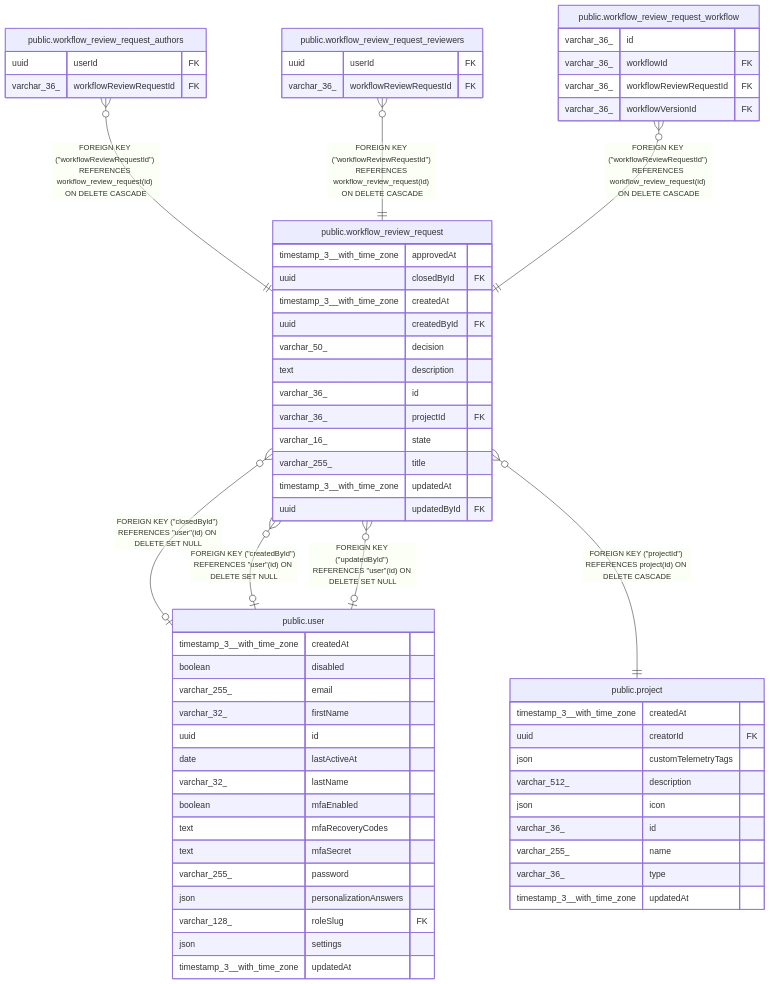
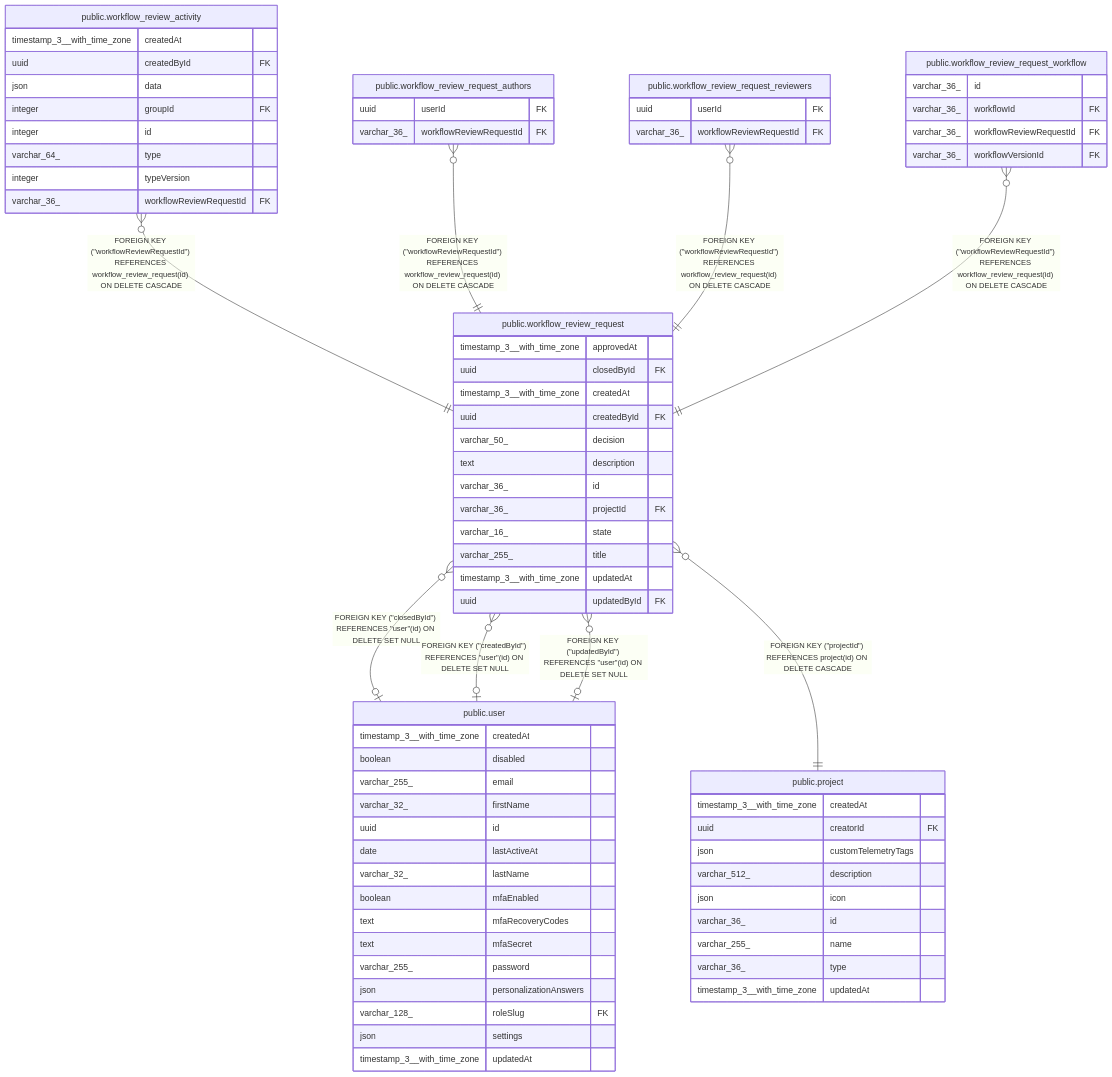
The diagram in docs/generated/postgres-schema/public.workflow_review_request.md (mayankjain1815-commits/n8n), drawn with Mermaid before and after one commit. The commit also changed other lines of this file and 9 other files, not shown here.

Commit message:
chore(core): Regenerate schema docs for workflow review activity tables

````diff
--- a/docs/generated/postgres-schema/public.workflow_review_request.md
+++ b/docs/generated/postgres-schema/public.workflow_review_request.md
@@ -48,68 +48,79 @@
 ```mermaid
 erDiagram
 
 "public.workflow_review_request" }o--o| "public.user" : "FOREIGN KEY (#quot;closedById#quot;) REFERENCES #quot;user#quot;(id) ON DELETE SET NULL"
 "public.workflow_review_request" }o--o| "public.user" : "FOREIGN KEY (#quot;createdById#quot;) REFERENCES #quot;user#quot;(id) ON DELETE SET NULL"
+"public.workflow_review_activity" }o--|| "public.workflow_review_request" : "FOREIGN KEY (#quot;workflowReviewRequestId#quot;) REFERENCES workflow_review_request(id) ON DELETE CASCADE"
 "public.workflow_review_request_authors" }o--|| "public.workflow_review_request" : "FOREIGN KEY (#quot;workflowReviewRequestId#quot;) REFERENCES workflow_review_request(id) ON DELETE CASCADE"
 "public.workflow_review_request_reviewers" }o--|| "public.workflow_review_request" : "FOREIGN KEY (#quot;workflowReviewRequestId#quot;) REFERENCES workflow_review_request(id) ON DELETE CASCADE"
 "public.workflow_review_request_workflow" }o--|| "public.workflow_review_request" : "FOREIGN KEY (#quot;workflowReviewRequestId#quot;) REFERENCES workflow_review_request(id) ON DELETE CASCADE"
 "public.workflow_review_request" }o--|| "public.project" : "FOREIGN KEY (#quot;projectId#quot;) REFERENCES project(id) ON DELETE CASCADE"
 "public.workflow_review_request" }o--o| "public.user" : "FOREIGN KEY (#quot;updatedById#quot;) REFERENCES #quot;user#quot;(id) ON DELETE SET NULL"
 
 "public.workflow_review_request" {
   timestamp_3__with_time_zone approvedAt
   uuid closedById FK
   timestamp_3__with_time_zone createdAt
   uuid createdById FK
   varchar_50_ decision
   text description
   varchar_36_ id
   varchar_36_ projectId FK
   varchar_16_ state
   varchar_255_ title
   timestamp_3__with_time_zone updatedAt
   uuid updatedById FK
 }
 "public.user" {
   timestamp_3__with_time_zone createdAt
   boolean disabled
   varchar_255_ email
   varchar_32_ firstName
   uuid id
   date lastActiveAt
   varchar_32_ lastName
   boolean mfaEnabled
   text mfaRecoveryCodes
   text mfaSecret
   varchar_255_ password
   json personalizationAnswers
   varchar_128_ roleSlug FK
   json settings
   timestamp_3__with_time_zone updatedAt
 }
+"public.workflow_review_activity" {
+  timestamp_3__with_time_zone createdAt
+  uuid createdById FK
+  json data
+  integer groupId FK
+  integer id
+  varchar_64_ type
+  integer typeVersion
+  varchar_36_ workflowReviewRequestId FK
+}
 "public.workflow_review_request_authors" {
   uuid userId FK
   varchar_36_ workflowReviewRequestId FK
 }
 "public.workflow_review_request_reviewers" {
   uuid userId FK
   varchar_36_ workflowReviewRequestId FK
 }
 "public.workflow_review_request_workflow" {
   varchar_36_ id
   varchar_36_ workflowId FK
   varchar_36_ workflowReviewRequestId FK
   varchar_36_ workflowVersionId FK
 }
 "public.project" {
   timestamp_3__with_time_zone createdAt
   uuid creatorId FK
   json customTelemetryTags
   varchar_512_ description
   json icon
   varchar_36_ id
   varchar_255_ name
   varchar_36_ type
   timestamp_3__with_time_zone updatedAt
 }
 ```
````
